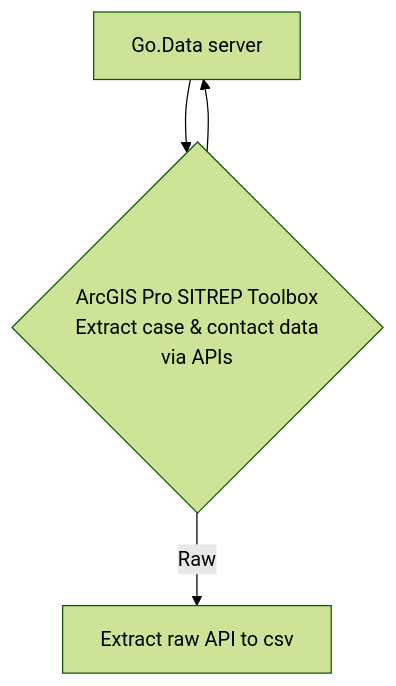
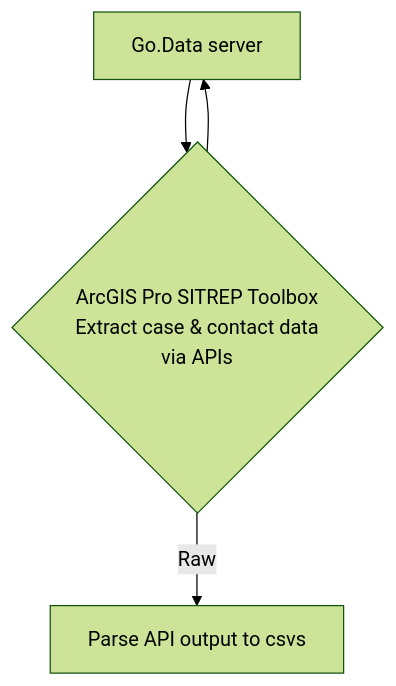
Before and after one commit to LangsterGA/mermaid: the diagram in README.md, drawn with Mermaid (forest theme).

````diff
--- a/README.md
+++ b/README.md
@@ -3,6 +3,6 @@
 ```mermaid
   graph TD
     A[Go.Data server]--> B{ArcGIS Pro SITREP Toolbox <br/> Extract case & contact data<br/>via APIs};
     B-->A
-    B -->|Raw| C[Extract raw API to csv];
+    B -->|Raw| C[Parse API output to csvs];
 ```
````
